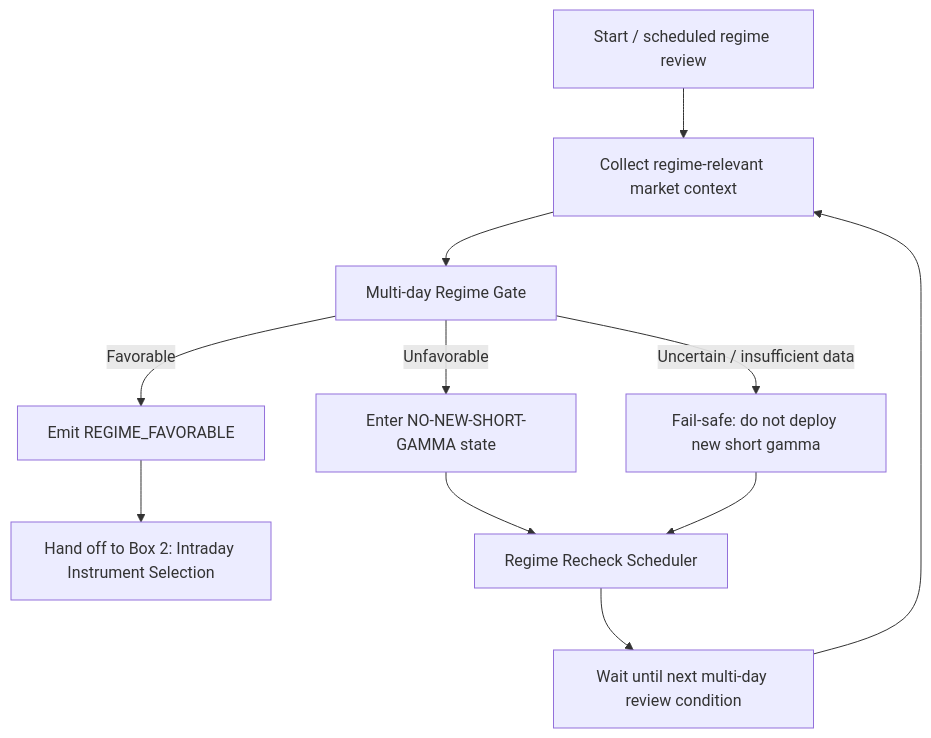
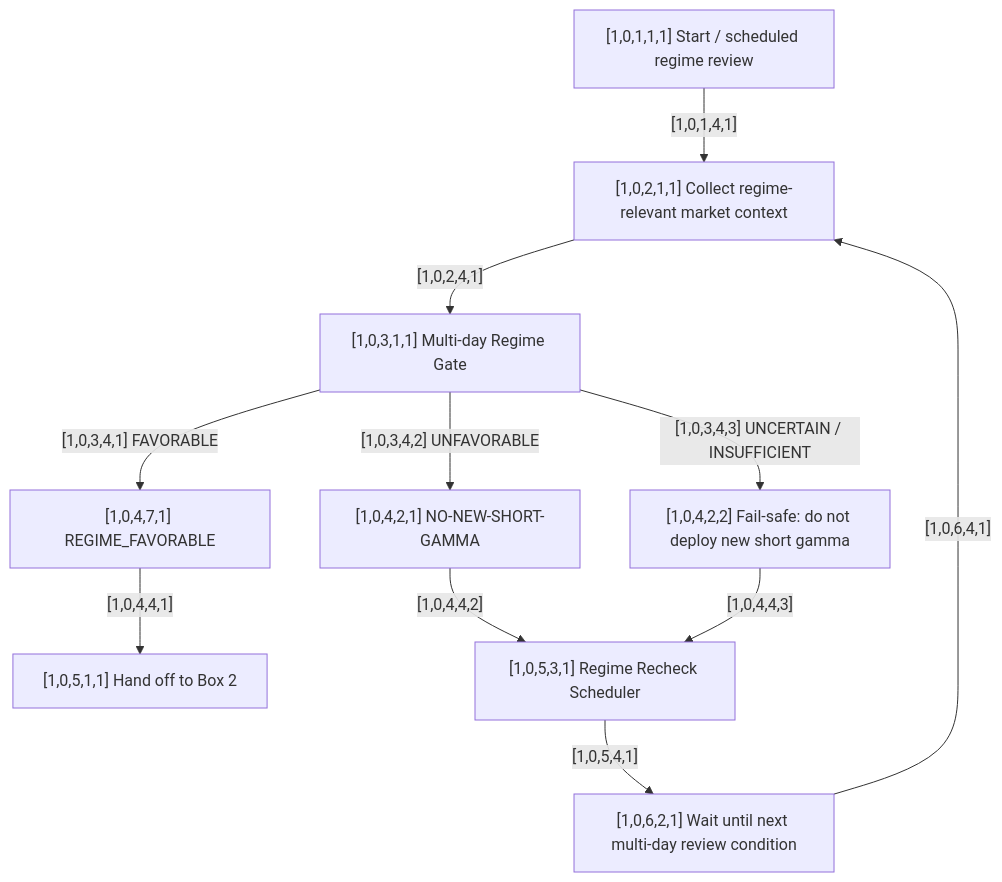
The diagram in docs/workflows/01-regime-decision.md (ayyararyan/volarb), drawn with Mermaid before and after one commit. The commit also changed other lines of this file, not shown here.

Commit message:
Vectorize regime decision graph

````diff
--- a/docs/workflows/01-regime-decision.md
+++ b/docs/workflows/01-regime-decision.md
@@ -9,16 +7,23 @@
 ```mermaid
 flowchart TD
-    A[Start / scheduled regime review] --> B[Collect regime-relevant market context]
-    B --> C[Multi-day Regime Gate]
+    A["[1,0,1,1,1] Start / scheduled regime review"]
+    B["[1,0,2,1,1] Collect regime-relevant market context"]
+    C["[1,0,3,1,1] Multi-day Regime Gate"]
+    D["[1,0,4,7,1] REGIME_FAVORABLE"]
+    E["[1,0,5,1,1] Hand off to Box 2"]
+    F["[1,0,4,2,1] NO-NEW-SHORT-GAMMA"]
+    G["[1,0,5,3,1] Regime Recheck Scheduler"]
+    H["[1,0,6,2,1] Wait until next multi-day review condition"]
+    I["[1,0,4,2,2] Fail-safe: do not deploy new short gamma"]
 
-    C -->|Favorable| D[Emit REGIME_FAVORABLE]
-    D --> E[Hand off to Box 2: Intraday Instrument Selection]
-
-    C -->|Unfavorable| F[Enter NO-NEW-SHORT-GAMMA state]
-    F --> G[Regime Recheck Scheduler]
-    G --> H[Wait until next multi-day review condition]
-    H --> B
-
-    C -->|Uncertain / insufficient data| I[Fail-safe: do not deploy new short gamma]
-    I --> G
+    A -->|"[1,0,1,4,1]"| B
+    B -->|"[1,0,2,4,1]"| C
+    C -->|"[1,0,3,4,1] FAVORABLE"| D
+    D -->|"[1,0,4,4,1]"| E
+    C -->|"[1,0,3,4,2] UNFAVORABLE"| F
+    F -->|"[1,0,4,4,2]"| G
+    G -->|"[1,0,5,4,1]"| H
+    H -->|"[1,0,6,4,1]"| B
+    C -->|"[1,0,3,4,3] UNCERTAIN / INSUFFICIENT"| I
+    I -->|"[1,0,4,4,3]"| G
 ```
````
